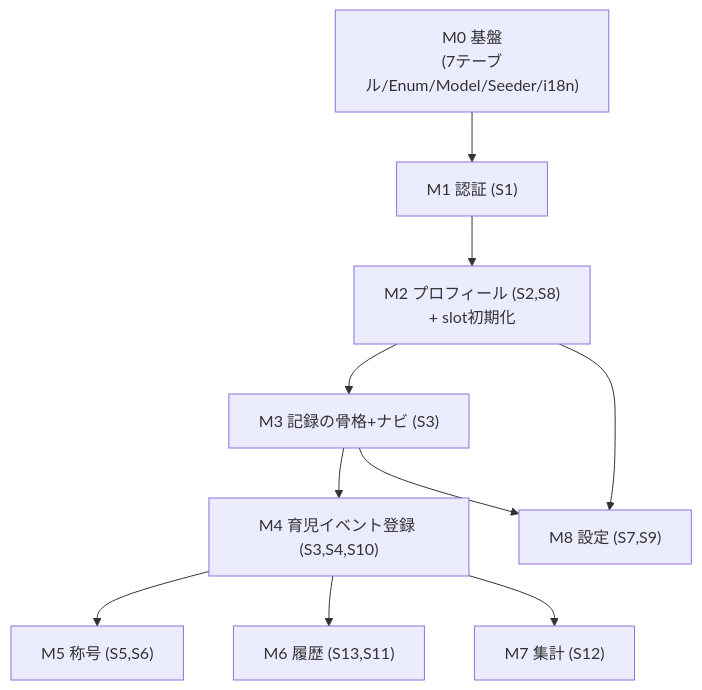
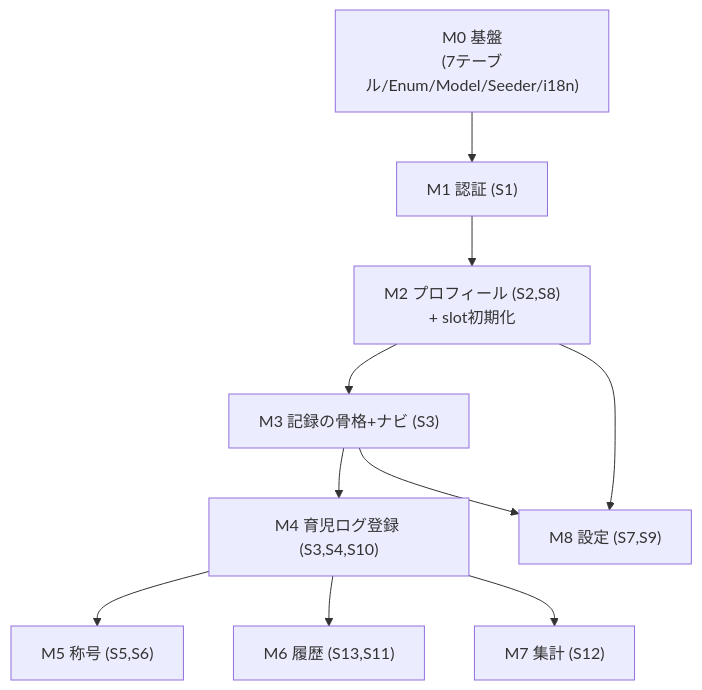
The diagram in docs/implementation-plan.md (sawatch-fisherman/father-parenting-log), drawn with Mermaid before and after one commit. The commit also changed other lines of this file and 36 other files, not shown here.

````diff
--- a/docs/implementation-plan.md
+++ b/docs/implementation-plan.md
@@ -31,12 +31,12 @@
 ```mermaid
 flowchart TD
     M0["M0 基盤<br>(7テーブル/Enum/Model/Seeder/i18n)"] --> M1["M1 認証 (S1)"]
     M1 --> M2["M2 プロフィール (S2,S8)<br>+ slot初期化"]
     M2 --> M3["M3 記録の骨格+ナビ (S3)"]
-    M3 --> M4["M4 育児イベント登録 (S3,S4,S10)"]
+    M3 --> M4["M4 育児ログ登録 (S3,S4,S10)"]
     M4 --> M5["M5 称号 (S5,S6)"]
     M4 --> M6["M6 履歴 (S13,S11)"]
     M4 --> M7["M7 集計 (S12)"]
     M2 --> M8["M8 設定 (S7,S9)"]
     M3 --> M8
 ```
````
